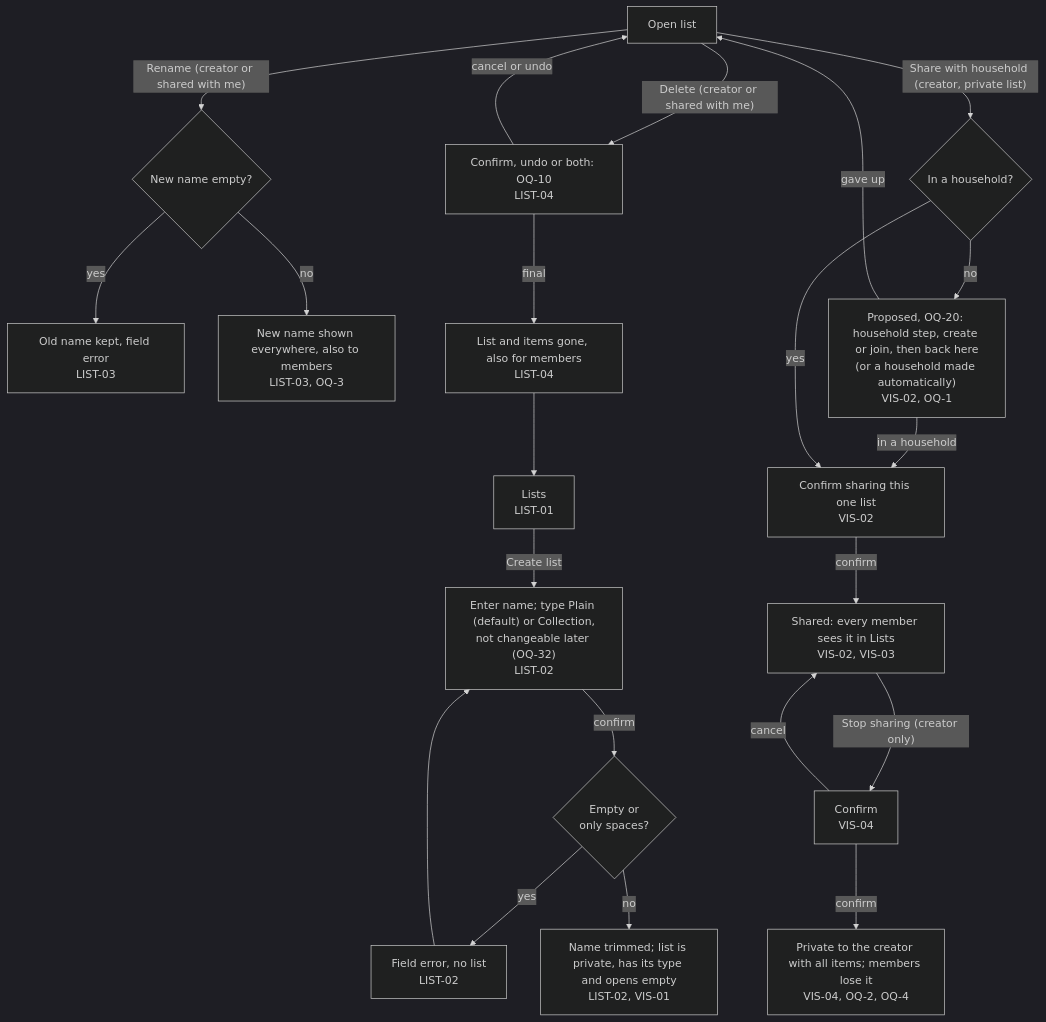
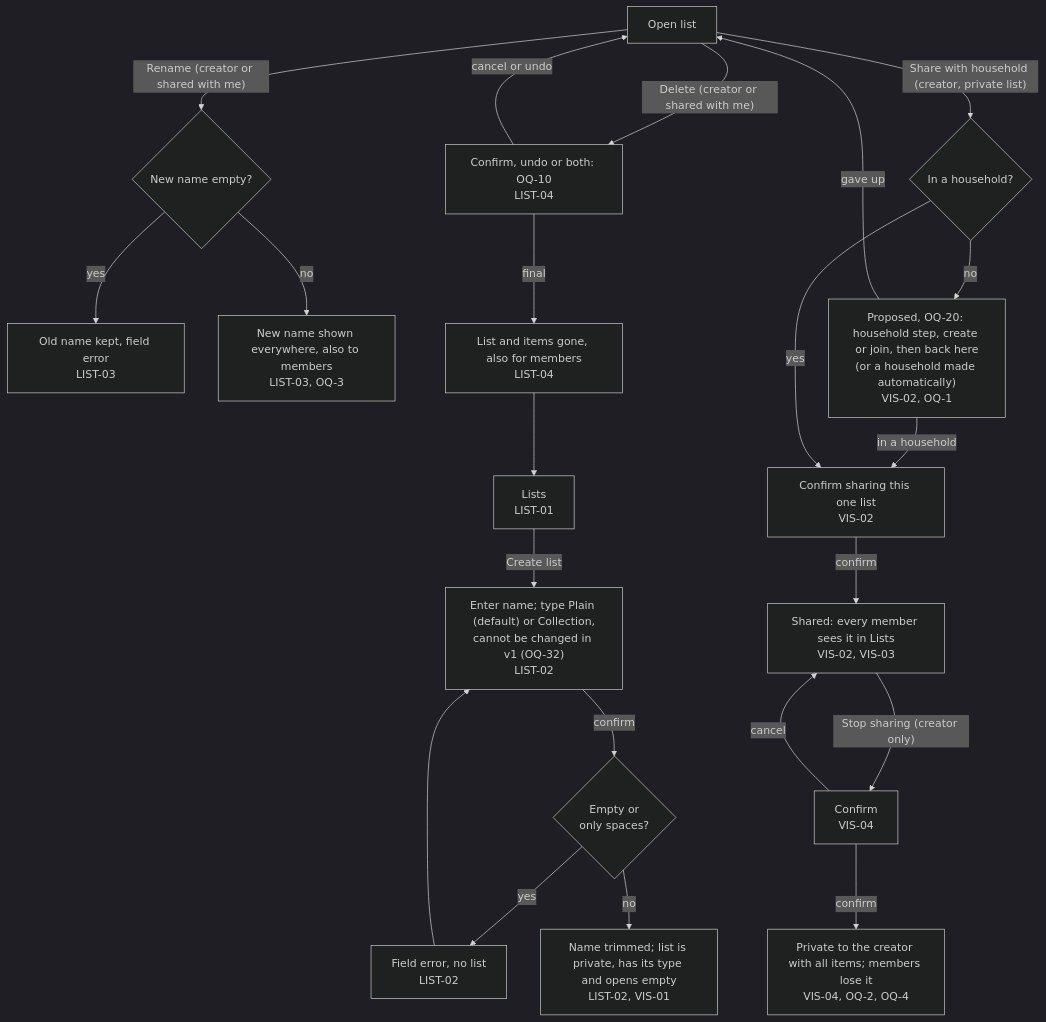
Before and after one commit to bondo/listicles2: the sixth of 11 diagrams in docs/product/flow.md, drawn with Mermaid (dark theme). The commit also changed 1 other file, not shown here.

Commit message:
docs(product): record OQ-32, list type fixed in v1
Claude-Session: https://claude.ai/code/session_013srDQgv5DC1PVGJBbQCCoc

````diff
--- a/docs/product/flow.md
+++ b/docs/product/flow.md
@@ -157,22 +157,22 @@
 ```mermaid
 flowchart TD
-    lists["Lists<br>LIST-01"] -- "Create list" --> name["Enter name; type Plain (default) or Collection,<br>not changeable later (OQ-32)<br>LIST-02"]
+    lists["Lists<br>LIST-01"] -- "Create list" --> name["Enter name; type Plain (default) or Collection,<br>cannot be changed in v1 (OQ-32)<br>LIST-02"]
     name -- "confirm" --> nvalid{"Empty or<br>only spaces?"}
     nvalid -- "yes" --> nerr["Field error, no list<br>LIST-02"] --> name
     nvalid -- "no" --> newlist["Name trimmed; list is private, has its type and opens empty<br>LIST-02, VIS-01"]
     open["Open list"] -- "Rename (creator or shared with me)" --> rn{"New name empty?"}
     rn -- "yes" --> rnerr["Old name kept, field error<br>LIST-03"]
     rn -- "no" --> renamed["New name shown everywhere, also to members<br>LIST-03, OQ-3"]
     open -- "Delete (creator or shared with me)" --> del["Confirm, undo or both: OQ-10<br>LIST-04"]
     del -- "cancel or undo" --> open
     del -- "final" --> dgone["List and items gone, also for members<br>LIST-04"] --> lists
     open -- "Share with household (creator, private list)" --> inhh{"In a household?"}
     inhh -- "no" --> hstep["Proposed, OQ-20: household step, create or join, then back here<br>(or a household made automatically)<br>VIS-02, OQ-1"]
     hstep -- "in a household" --> sconfirm
     hstep -- "gave up" --> open
     inhh -- "yes" --> sconfirm["Confirm sharing this one list<br>VIS-02"]
     sconfirm -- "confirm" --> shared["Shared: every member sees it in Lists<br>VIS-02, VIS-03"]
     shared -- "Stop sharing (creator only)" --> stop["Confirm<br>VIS-04"]
     stop -- "cancel" --> shared
     stop -- "confirm" --> private["Private to the creator with all items; members lose it<br>VIS-04, OQ-2, OQ-4"]
 ```
````
